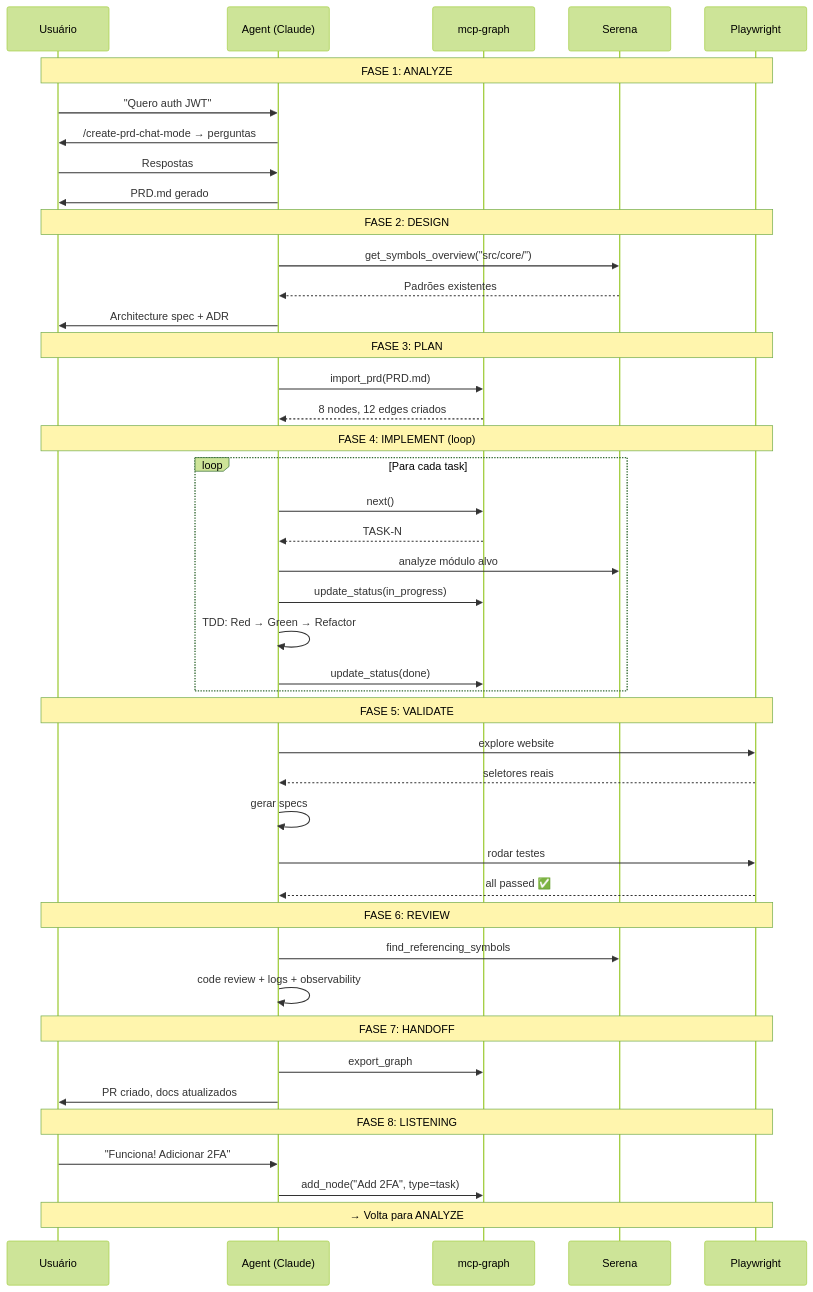
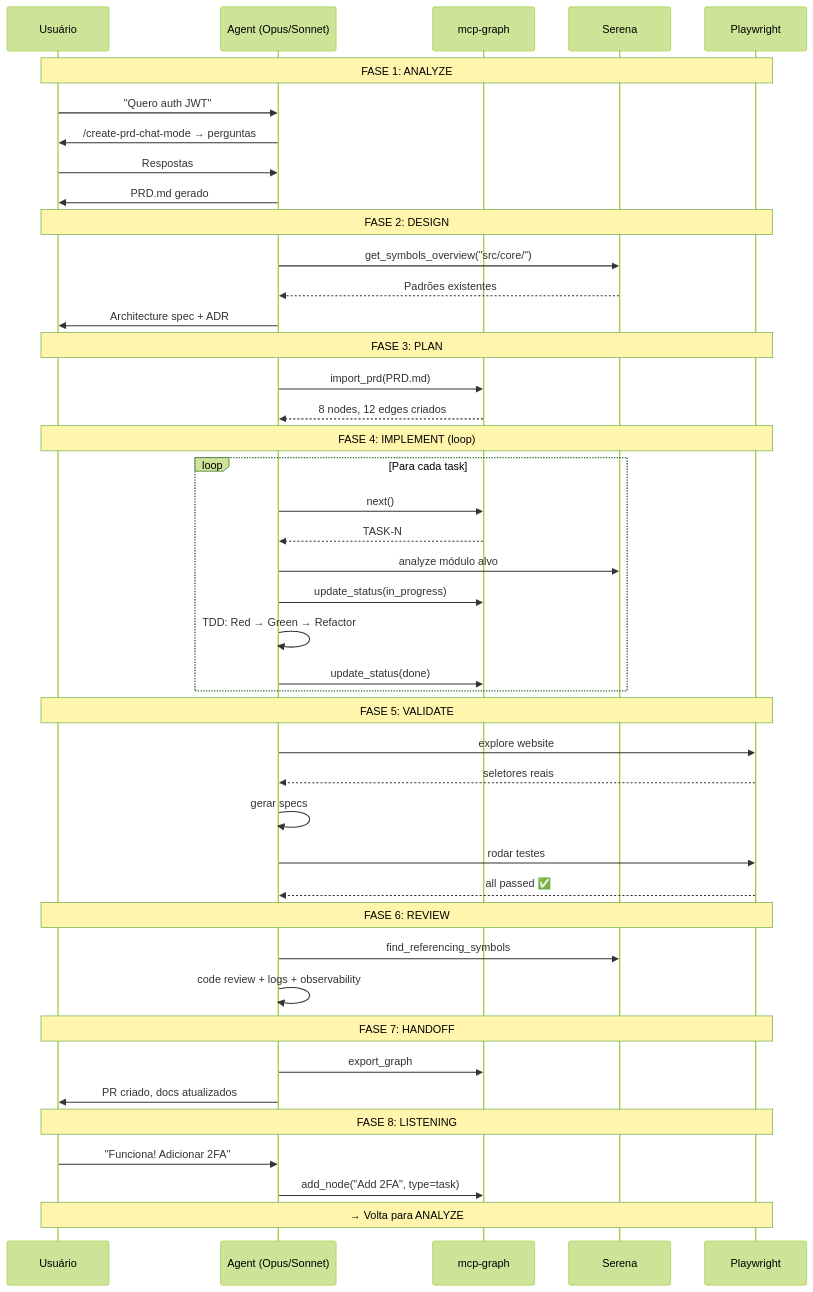
Before and after one commit to sraphaz/mcp-graph-workflow: diagram 16 of 18 in docs/LIFECYCLE.md, drawn with Mermaid (forest theme). The commit also changed other lines of this file, not shown here.

Commit message:
chore: update agent name from Claude to Opus/Sonnet in sequence diagrams

````diff
--- a/docs/LIFECYCLE.md
+++ b/docs/LIFECYCLE.md
@@ -512,53 +512,53 @@
 ```mermaid
 sequenceDiagram
     participant U as Usuário
-    participant A as Agent (Claude)
+    participant A as Agent (Opus/Sonnet)
     participant MCP as mcp-graph
     participant S as Serena
     participant PW as Playwright
 
     Note over U,PW: FASE 1: ANALYZE
     U->>A: "Quero auth JWT"
     A->>U: /create-prd-chat-mode → perguntas
     U->>A: Respostas
     A->>U: PRD.md gerado
 
     Note over U,PW: FASE 2: DESIGN
     A->>S: get_symbols_overview("src/core/")
     S-->>A: Padrões existentes
     A->>U: Architecture spec + ADR
 
     Note over U,PW: FASE 3: PLAN
     A->>MCP: import_prd(PRD.md)
     MCP-->>A: 8 nodes, 12 edges criados
 
     Note over U,PW: FASE 4: IMPLEMENT (loop)
     loop Para cada task
         A->>MCP: next()
         MCP-->>A: TASK-N
         A->>S: analyze módulo alvo
         A->>MCP: update_status(in_progress)
         A->>A: TDD: Red → Green → Refactor
         A->>MCP: update_status(done)
     end
 
     Note over U,PW: FASE 5: VALIDATE
     A->>PW: explore website
     PW-->>A: seletores reais
     A->>A: gerar specs
     A->>PW: rodar testes
     PW-->>A: all passed ✅
 
     Note over U,PW: FASE 6: REVIEW
     A->>S: find_referencing_symbols
     A->>A: code review + logs + observability
 
     Note over U,PW: FASE 7: HANDOFF
     A->>MCP: export_graph
     A->>U: PR criado, docs atualizados
 
     Note over U,PW: FASE 8: LISTENING
     U->>A: "Funciona! Adicionar 2FA"
     A->>MCP: add_node("Add 2FA", type=task)
     Note over U,PW: → Volta para ANALYZE
 ```
````
